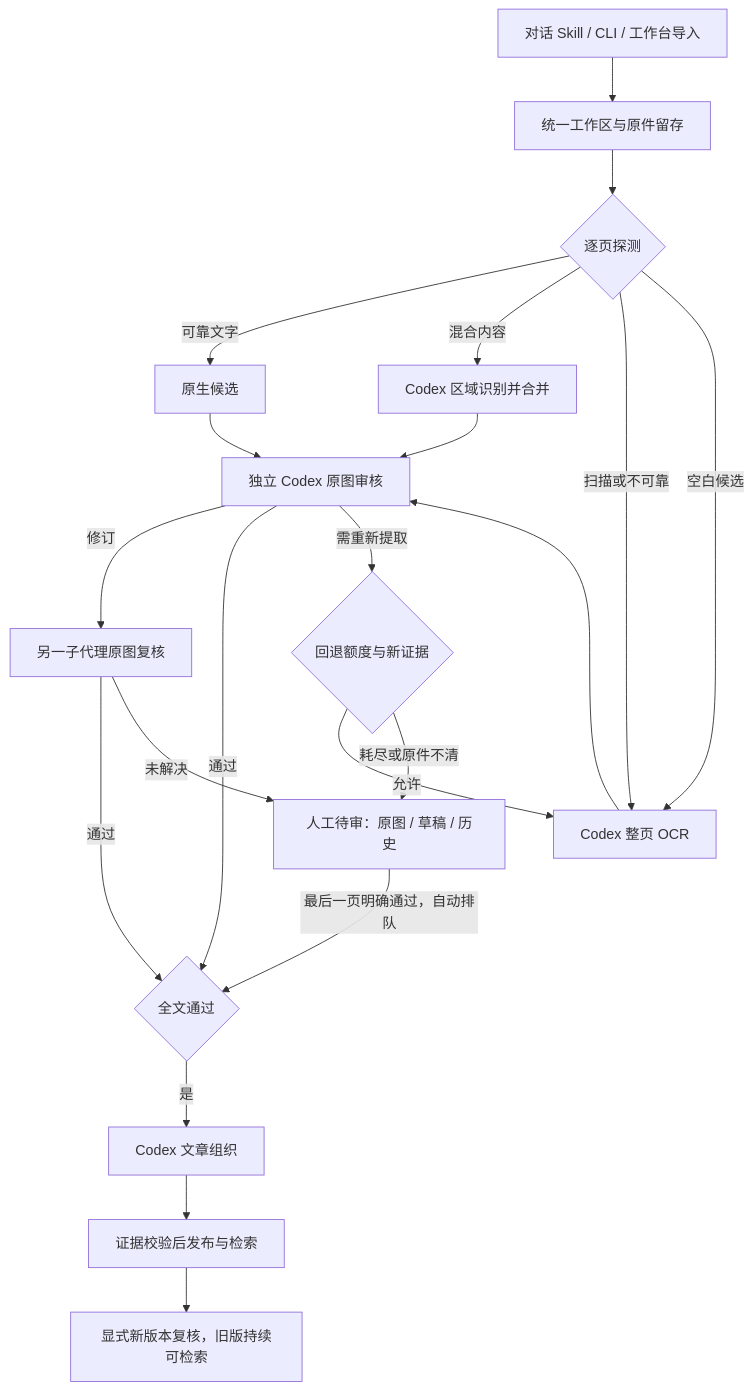
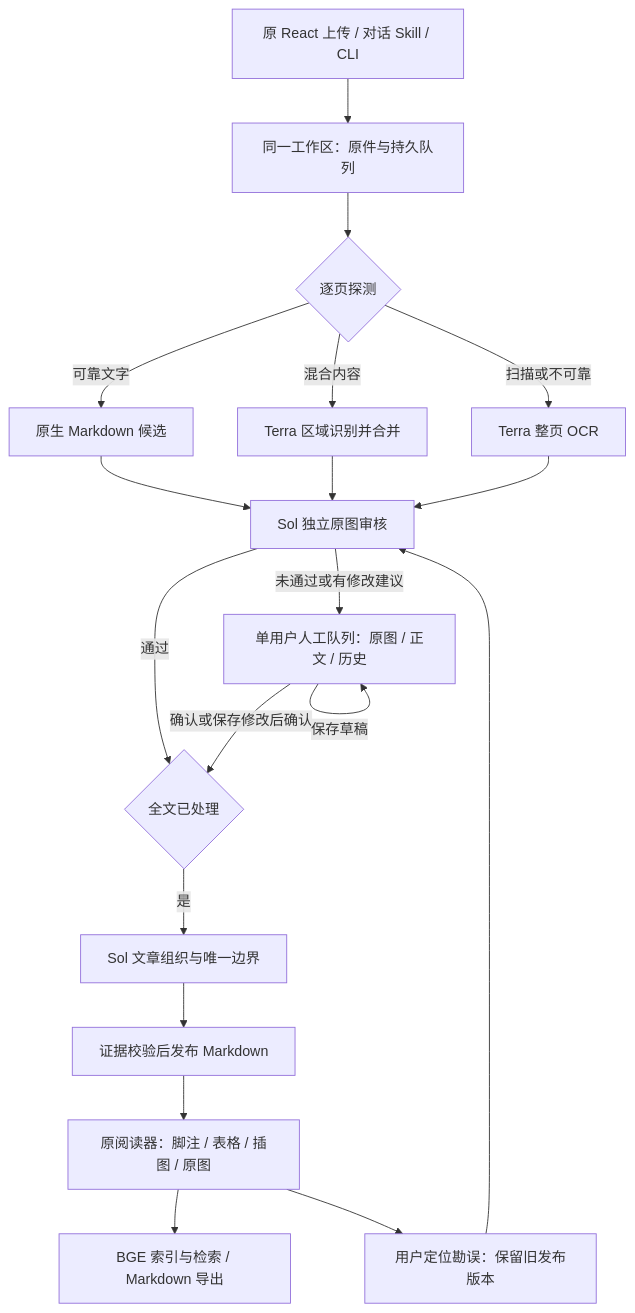
Before and after one commit to TexcolCloud/historical-research-system: the diagram in services/codex-pipeline/README.md, drawn with Mermaid. The commit also changed other lines of this file and 56 other files, not shown here.

````diff
--- a/services/codex-pipeline/README.md
+++ b/services/codex-pipeline/README.md
@@ -22,23 +24,21 @@
 ```mermaid
 flowchart TD
-    A[对话 Skill / CLI / 工作台导入] --> B[统一工作区与原件留存]
+    A[原 React 上传 / 对话 Skill / CLI] --> B[同一工作区：原件与持久队列]
     B --> C{逐页探测}
-    C -->|可靠文字| D[原生候选]
-    C -->|混合内容| E[Codex 区域识别并合并]
-    C -->|扫描或不可靠| F[Codex 整页 OCR]
-    C -->|空白候选| F
-    D --> G[独立 Codex 原图审核]
+    C -->|可靠文字| D[原生 Markdown 候选]
+    C -->|混合内容| E[Terra 区域识别并合并]
+    C -->|扫描或不可靠| F[Terra 整页 OCR]
+    D --> G[Sol 独立原图审核]
     E --> G
     F --> G
-    G -->|修订| H[另一子代理原图复核]
-    H -->|通过| I{全文通过}
-    G -->|通过| I
-    G -->|需重新提取| J{回退额度与新证据}
-    J -->|允许| F
-    J -->|耗尽或原件不清| K[人工待审：原图 / 草稿 / 历史]
-    H -->|未解决| K
-    K -->|最后一页明确通过，自动排队| I
-    I -->|是| L[Codex 文章组织]
-    L --> M[证据校验后发布与检索]
-    M --> N[显式新版本复核，旧版持续可检索]
+    G -->|通过| I{全文已处理}
+    G -->|未通过或有修改建议| K[单用户人工队列：原图 / 正文 / 历史]
+    K -->|确认或保存修改后确认| I
+    K -->|保存草稿| K
+    I -->|是| L[Sol 文章组织与唯一边界]
+    L --> M[证据校验后发布 Markdown]
+    M --> N[原阅读器：脚注 / 表格 / 插图 / 原图]
+    N --> O[BGE 索引与检索 / Markdown 导出]
+    N --> P[用户定位勘误：保留旧发布版本]
+    P --> G
 ```
````
